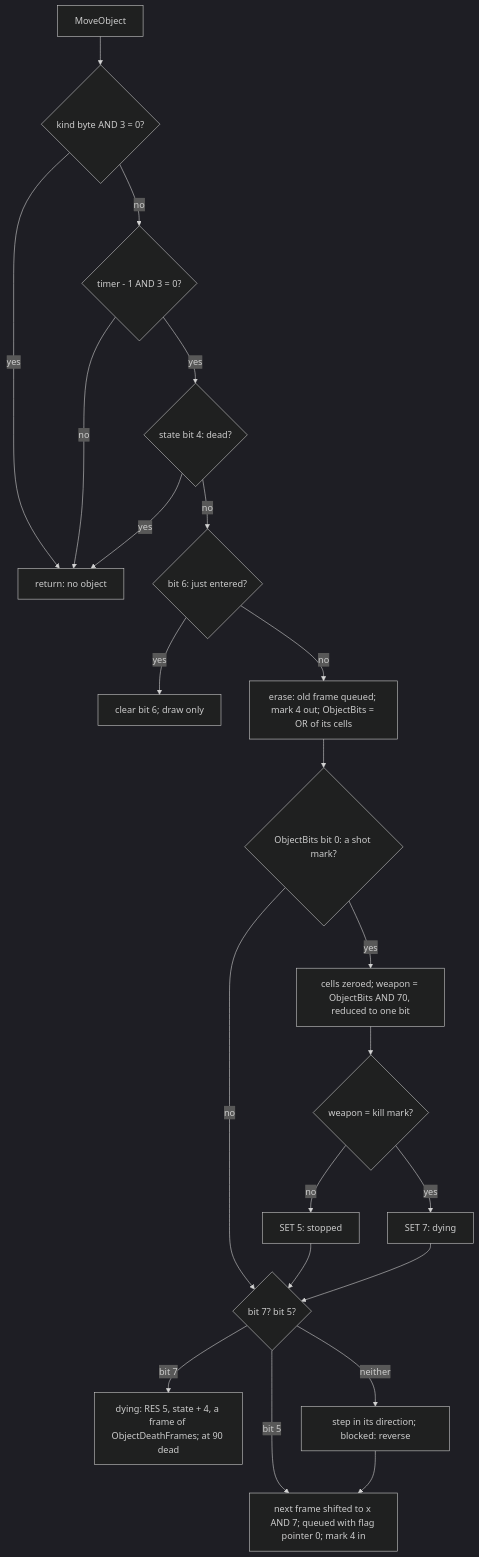
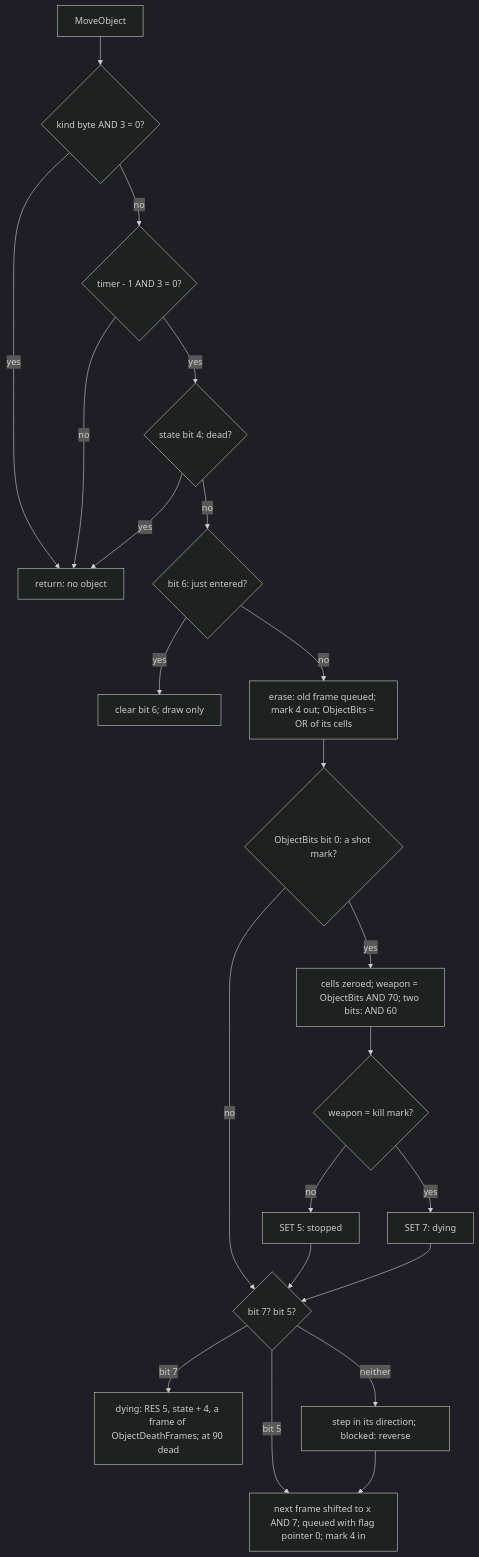
The tenth of 14 diagrams in games/tujad/docs/07-objects.md (alfishe/unrealng-reverse-cases), drawn with Mermaid (dark theme) before and after one commit. The commit also changed other lines of this file and 44 other files, not shown here.

````diff
--- a/games/tujad/docs/07-objects.md
+++ b/games/tujad/docs/07-objects.md
@@ -741,24 +752,24 @@
 ```mermaid
 flowchart TD
     A[MoveObject] --> K{kind byte AND 3 = 0?}
     K -- yes --> R[return: no object]
     K -- no --> T{timer - 1 AND 3 = 0?}
     T -- no --> R
     T -- yes --> D{state bit 4: dead?}
     D -- yes --> R
     D -- no --> J{bit 6: just entered?}
     J -- yes --> JD[clear bit 6; draw only]
     J -- no --> E[erase: old frame queued; mark 4 out; ObjectBits = OR of its cells]
     E --> H{ObjectBits bit 0: a shot mark?}
-    H -- yes --> HW[cells zeroed; weapon = ObjectBits AND 70, reduced to one bit]
+    H -- yes --> HW[cells zeroed; weapon = ObjectBits AND 70; two bits: AND 60]
     HW --> HK{weapon = kill mark?}
     HK -- yes --> DY[SET 7: dying]
     HK -- no --> ST[SET 5: stopped]
     H -- no --> MV
     ST --> MV
     DY --> MV{bit 7? bit 5?}
     MV -- bit 7 --> DG[dying: RES 5, state + 4, a frame of ObjectDeathFrames; at 90 dead]
     MV -- bit 5 --> DW
     MV -- neither --> STP[step in its direction; blocked: reverse]
     STP --> DW[next frame shifted to x AND 7; queued with flag pointer 0; mark 4 in]
 ```
````
